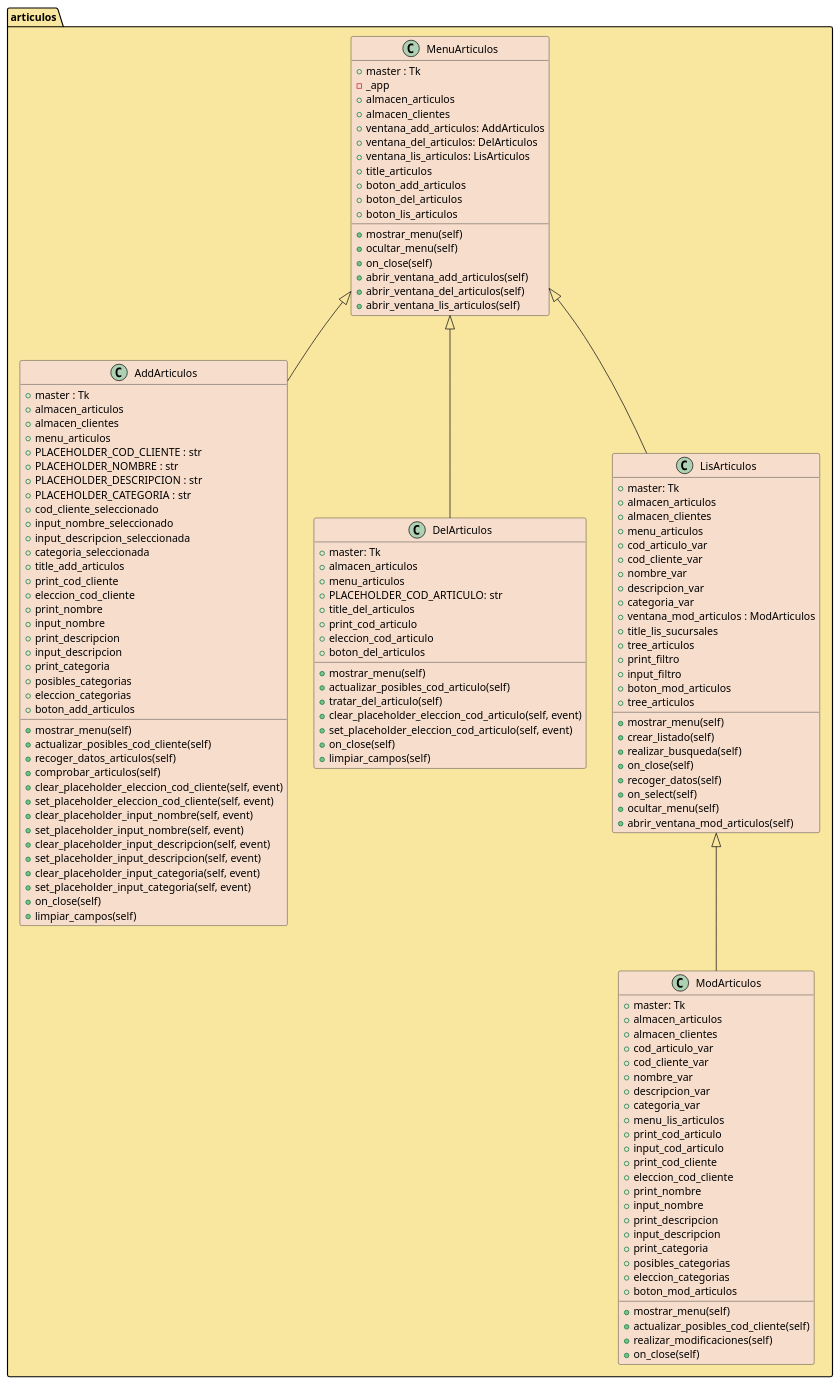
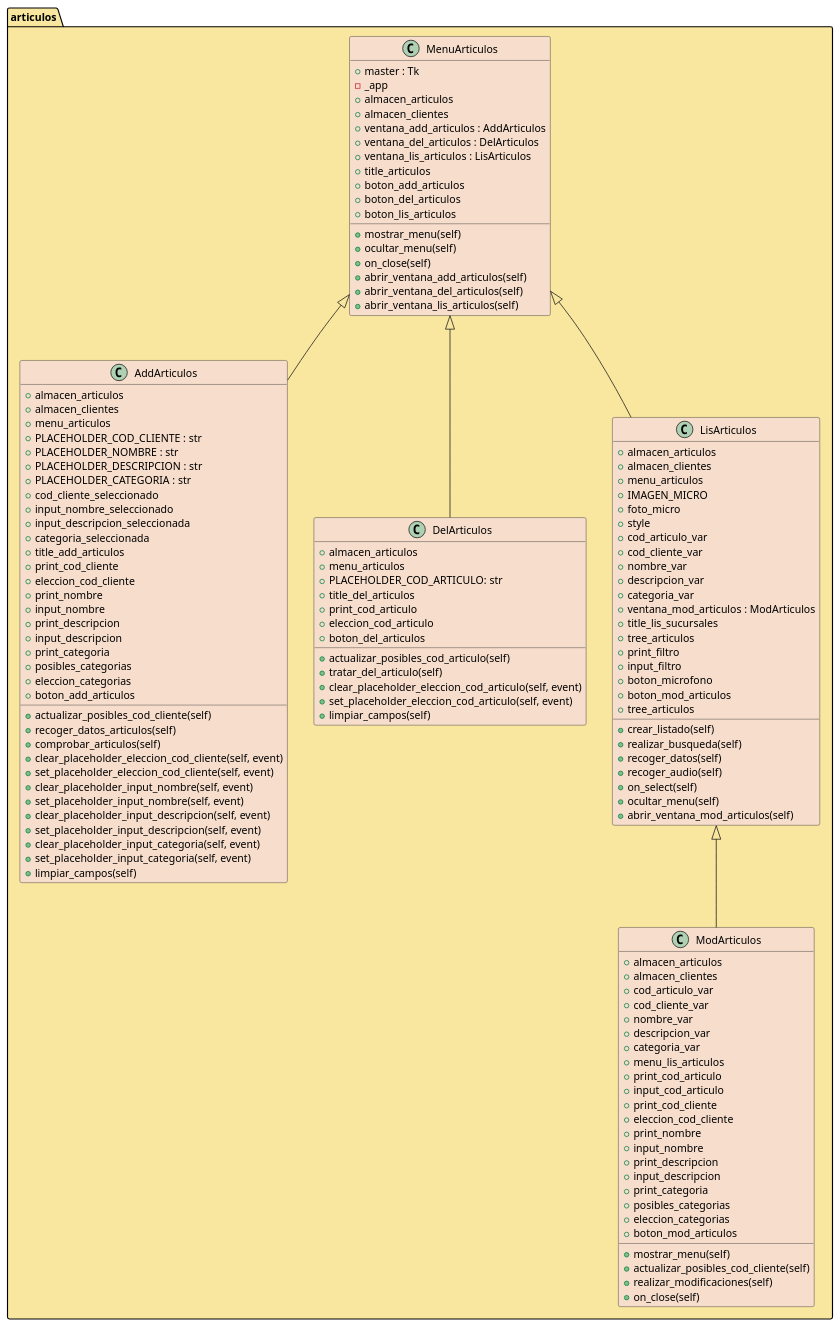
Before and after one commit to HuGymsForMe/hmnlogistics: the diagram in docs/puml/articulos.puml, drawn with PlantUML. The commit also changed 64 other files, not shown here.

```diff
--- a/docs/puml/articulos.puml
+++ b/docs/puml/articulos.puml
@@ -1,139 +1,134 @@
 @startuml articulos
 
 package articulos <<Folder>> #F9E79F {
     MenuArticulos <|-- AddArticulos
     MenuArticulos <|-- DelArticulos
     MenuArticulos <|-- LisArticulos
     LisArticulos <|-- ModArticulos
 
     class MenuArticulos #F6DDCC{
         + master : Tk
         - _app
         + almacen_articulos
         + almacen_clientes
-        + ventana_add_articulos: AddArticulos
-        + ventana_del_articulos: DelArticulos
-        + ventana_lis_articulos: LisArticulos
+        + ventana_add_articulos : AddArticulos
+        + ventana_del_articulos : DelArticulos
+        + ventana_lis_articulos : LisArticulos
         + title_articulos
         + boton_add_articulos
         + boton_del_articulos
         + boton_lis_articulos
         + mostrar_menu(self)
         + ocultar_menu(self)
         + on_close(self)
         + abrir_ventana_add_articulos(self)
         + abrir_ventana_del_articulos(self)
         + abrir_ventana_lis_articulos(self)   
 }
     class AddArticulos #F6DDCC{
-        + master : Tk
         + almacen_articulos
         + almacen_clientes
         + menu_articulos
         + PLACEHOLDER_COD_CLIENTE : str
         + PLACEHOLDER_NOMBRE : str
         + PLACEHOLDER_DESCRIPCION : str
         + PLACEHOLDER_CATEGORIA : str
         + cod_cliente_seleccionado
         + input_nombre_seleccionado
         + input_descripcion_seleccionada
         + categoria_seleccionada
         + title_add_articulos
         + print_cod_cliente
         + eleccion_cod_cliente
         + print_nombre
         + input_nombre
         + print_descripcion
         + input_descripcion
         + print_categoria
         + posibles_categorias
         + eleccion_categorias
         + boton_add_articulos
-        + mostrar_menu(self)
         + actualizar_posibles_cod_cliente(self)
         + recoger_datos_articulos(self)
         + comprobar_articulos(self)
         + clear_placeholder_eleccion_cod_cliente(self, event)
         + set_placeholder_eleccion_cod_cliente(self, event)
         + clear_placeholder_input_nombre(self, event)
         + set_placeholder_input_nombre(self, event)
         + clear_placeholder_input_descripcion(self, event)
         + set_placeholder_input_descripcion(self, event)
         + clear_placeholder_input_categoria(self, event)
         + set_placeholder_input_categoria(self, event)
-        + on_close(self)
         + limpiar_campos(self)
 
 }
     class DelArticulos #F6DDCC{
-        + master: Tk
         + almacen_articulos
         + menu_articulos
         + PLACEHOLDER_COD_ARTICULO: str
         + title_del_articulos
         + print_cod_articulo
         + eleccion_cod_articulo
         + boton_del_articulos
-        + mostrar_menu(self)
         + actualizar_posibles_cod_articulo(self)
         + tratar_del_articulo(self)
         + clear_placeholder_eleccion_cod_articulo(self, event)
         + set_placeholder_eleccion_cod_articulo(self, event)
-        + on_close(self)
         + limpiar_campos(self)
 }
     class LisArticulos #F6DDCC{
-        + master: Tk
         + almacen_articulos
         + almacen_clientes
         + menu_articulos
+        + IMAGEN_MICRO
+        + foto_micro
+        + style
         + cod_articulo_var
         + cod_cliente_var
         + nombre_var
         + descripcion_var
         + categoria_var
         + ventana_mod_articulos : ModArticulos
         + title_lis_sucursales
         + tree_articulos
         + print_filtro
         + input_filtro
+        + boton_microfono
         + boton_mod_articulos
         + tree_articulos
-        + mostrar_menu(self)
         + crear_listado(self)
         + realizar_busqueda(self)
-        + on_close(self)
         + recoger_datos(self)
+        + recoger_audio(self)
         + on_select(self)
         + ocultar_menu(self)
         + abrir_ventana_mod_articulos(self)
 }
     class ModArticulos #F6DDCC{
-        + master: Tk
         + almacen_articulos
         + almacen_clientes
         + cod_articulo_var
         + cod_cliente_var
         + nombre_var
         + descripcion_var
         + categoria_var
         + menu_lis_articulos
         + print_cod_articulo
         + input_cod_articulo
         + print_cod_cliente
         + eleccion_cod_cliente
         + print_nombre
         + input_nombre
         + print_descripcion
         + input_descripcion
         + print_categoria
         + posibles_categorias
         + eleccion_categorias
         + boton_mod_articulos
         + mostrar_menu(self)
         + actualizar_posibles_cod_cliente(self)
         + realizar_modificaciones(self)
         + on_close(self)
     }
 }
 @enduml
```
